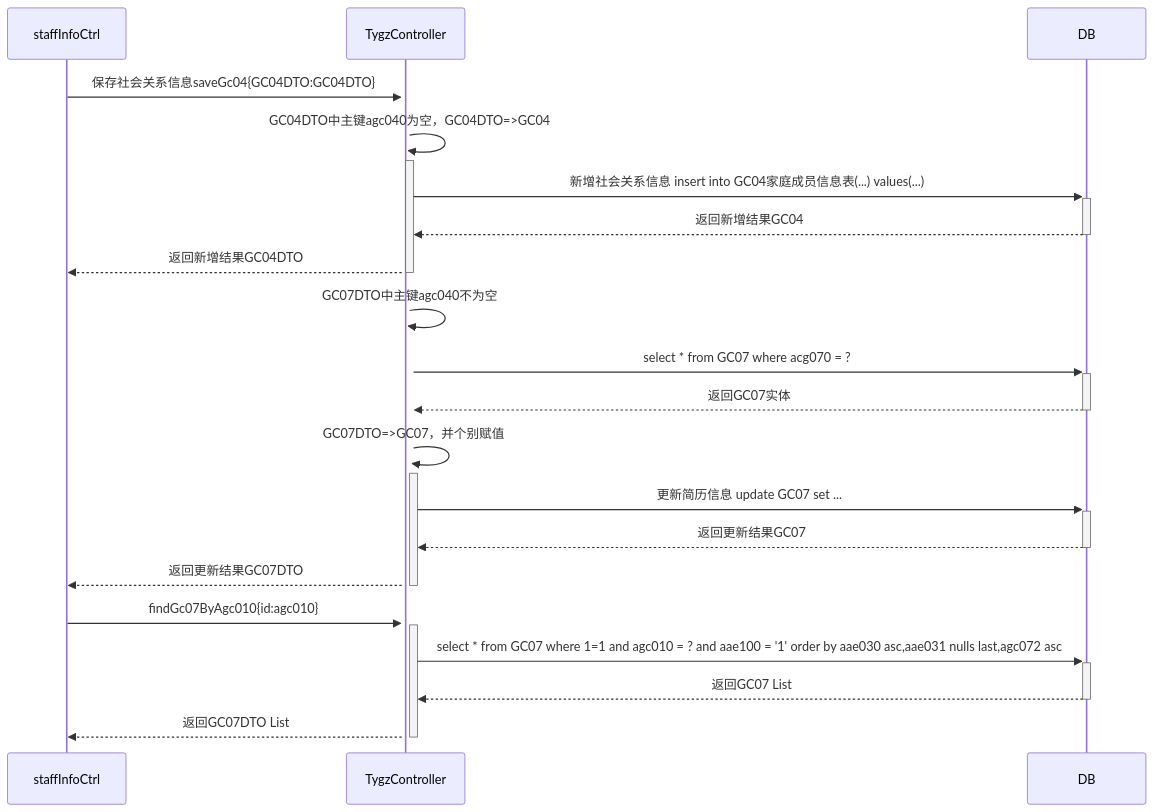
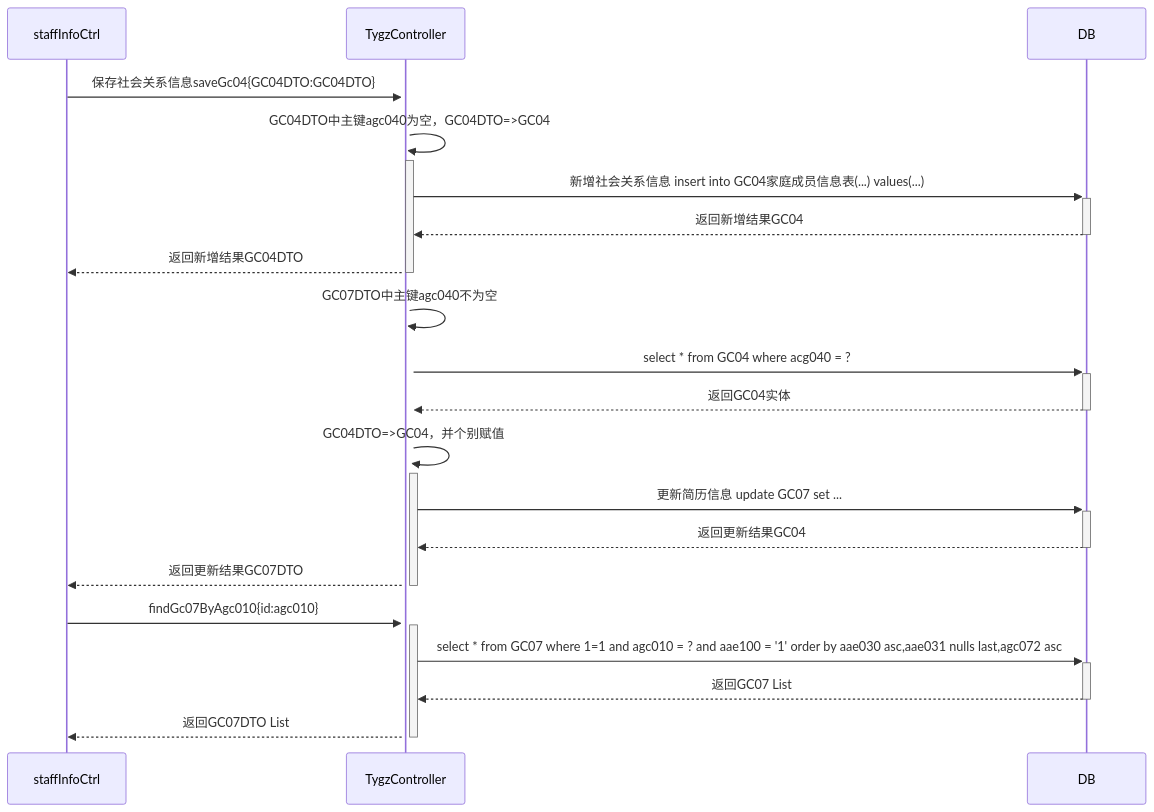
The diagram in all/未命名.md (ZhangJianBeiJing/iodraw-files), drawn with Mermaid before and after one commit.

Commit message:
2025-03-25 17:33:42 update

````diff
--- a/all/未命名.md
+++ b/all/未命名.md
@@ -1,22 +1,22 @@
 ```mermaid
 sequenceDiagram
     staffInfoCtrl->>+TygzController:保存社会关系信息saveGc04{GC04DTO:GC04DTO}
     TygzController->>+TygzController:GC04DTO中主键agc040为空，GC04DTO=>GC04
     TygzController->>+DB:新增社会关系信息 insert into GC04家庭成员信息表(...) values(...)
     DB-->>-TygzController:返回新增结果GC04
     TygzController-->>-staffInfoCtrl:返回新增结果GC04DTO
     TygzController->>+TygzController:GC07DTO中主键agc040不为空
-    TygzController->>+DB:select * from GC07 where acg070 = ?
-    DB-->>-TygzController:返回GC07实体
-    TygzController->>+TygzController:GC07DTO=>GC07，并个别赋值
+    TygzController->>+DB:select * from GC04 where acg040 = ?
+    DB-->>-TygzController:返回GC04实体
+    TygzController->>+TygzController:GC04DTO=>GC04，并个别赋值
     TygzController->>+DB:更新简历信息 update GC07 set ...
-    DB-->>-TygzController:返回更新结果GC07
+    DB-->>-TygzController:返回更新结果GC04
     TygzController-->>-staffInfoCtrl:返回更新结果GC07DTO
 
     staffInfoCtrl->>+TygzController:findGc07ByAgc010{id:agc010}
     TygzController->>+DB:select * from GC07 where 1=1 and agc010 = ? and aae100 = '1' order by aae030 asc,aae031 nulls last,agc072 asc 
     DB-->>-TygzController:返回GC07 List
     TygzController-->>-staffInfoCtrl:返回GC07DTO List
             
             
 ```
````
